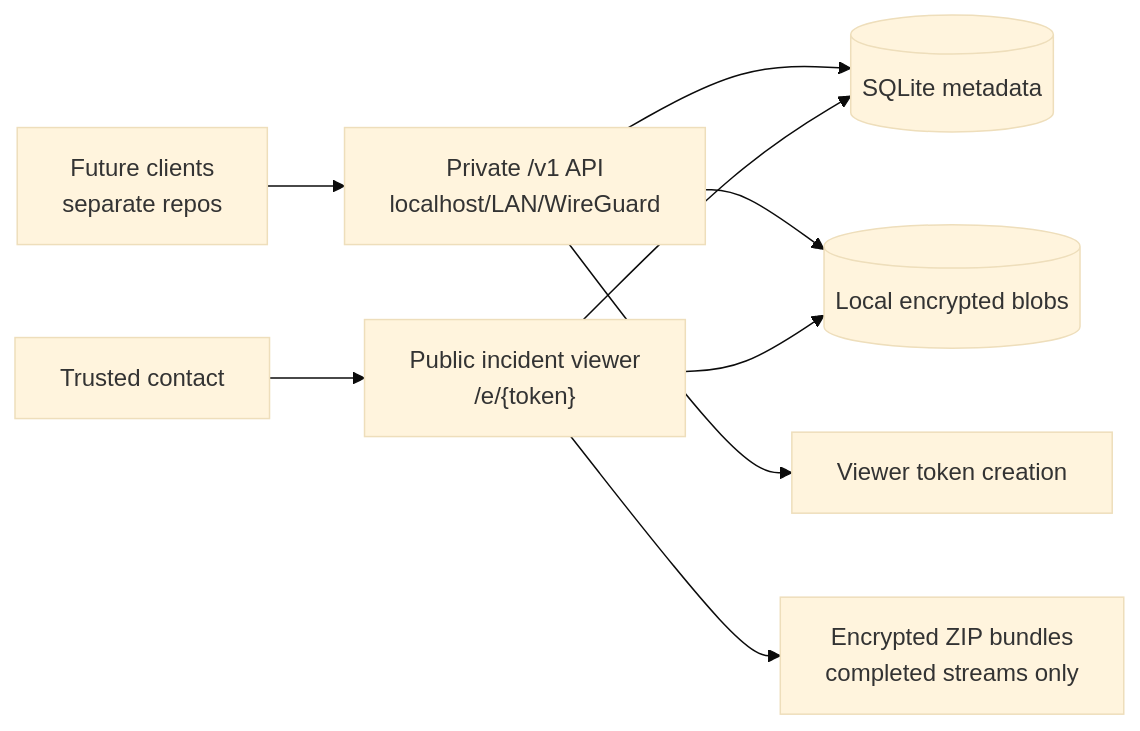
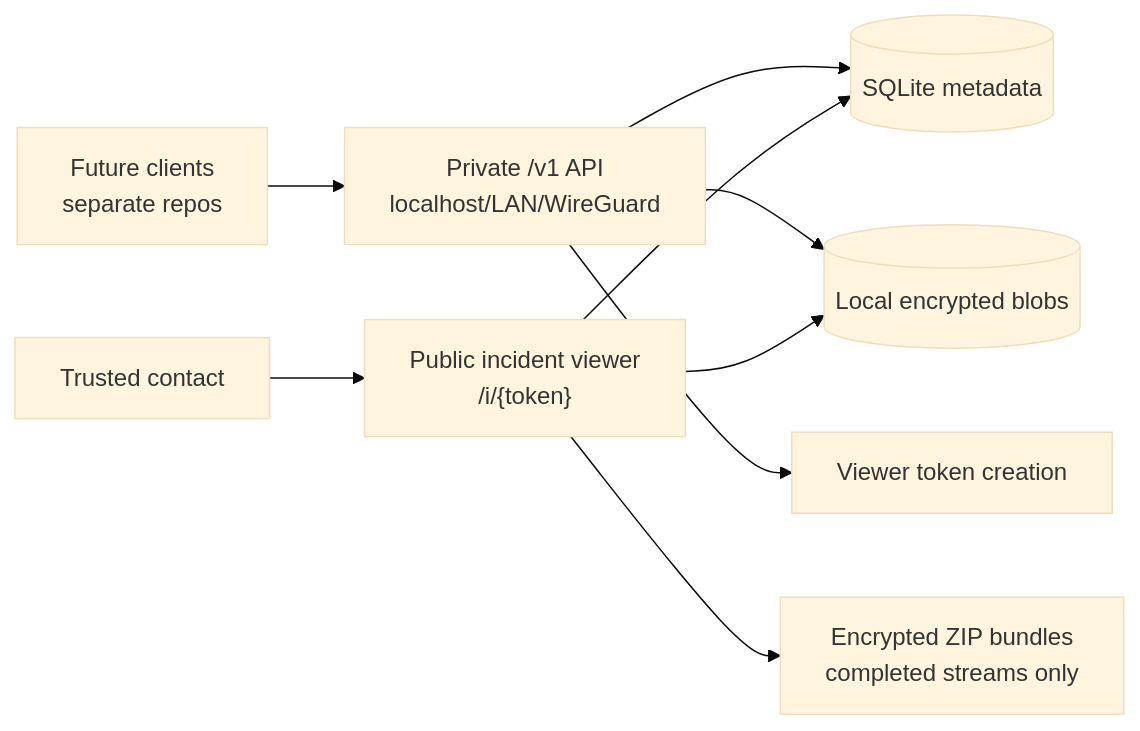
The diagram in README.md (open-proofline/server), drawn with Mermaid (base theme) before and after one commit. The commit also changed 64 other files, not shown here.

Commit message:
Renamed legacy emergency viewer/tokens to incident-viewer and incident-token

````diff
--- a/README.md
+++ b/README.md
@@ -94,11 +94,11 @@
 ```mermaid
 flowchart LR
     FutureClients["Future clients<br/>separate repos"] --> Private["Private /v1 API<br/>localhost/LAN/WireGuard"]
     Private --> DB[(SQLite metadata)]
     Private --> Blobs[(Local encrypted blobs)]
     Private --> Tokens["Viewer token creation"]
-    Contact["Trusted contact"] --> Public["Public incident viewer<br/>/e/{token}"]
+    Contact["Trusted contact"] --> Public["Public incident viewer<br/>/i/{token}"]
     Public --> DB
     Public --> Blobs
     Public --> Bundles["Encrypted ZIP bundles<br/>completed streams only"]
 ```
````
